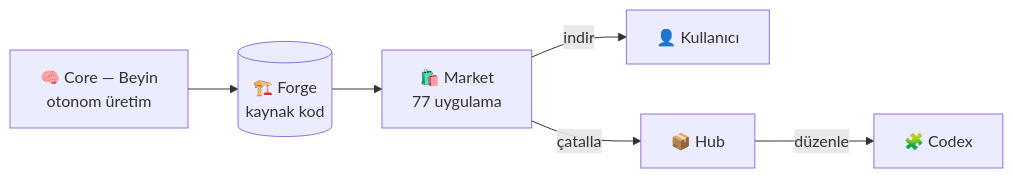
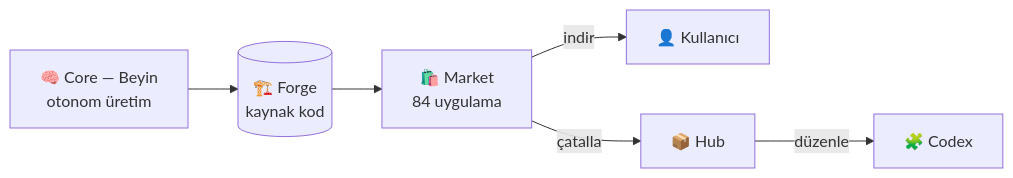
One commit to numexai/numex-market changed the diagram in README.md. Above: the diagram before and after it, drawn with Mermaid. The commit also changed other lines of this file and 64 other files, not shown here.

````diff
--- a/README.md
+++ b/README.md
@@ -85,8 +85,8 @@
 ```mermaid
 flowchart LR
   CORE[🧠 Core — Beyin<br/>otonom üretim] --> FORGE[(🏗️ Forge<br/>kaynak kod)]
-  FORGE --> MARKET[🛍️ Market<br/>77 uygulama]
+  FORGE --> MARKET[🛍️ Market<br/>84 uygulama]
   MARKET -->|indir| USER[👤 Kullanıcı]
   MARKET -->|çatalla| HUB[📦 Hub]
   HUB -->|düzenle| CODEX[🧩 Codex]
 ```
````
